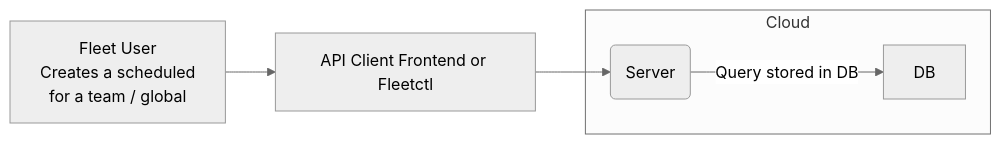
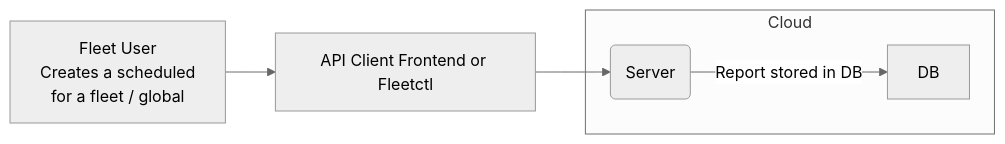
Before and after one commit to fleetdm/fleet: the fourth of 7 diagrams in docs/Contributing/architecture/high-level-architecture.md, drawn with Mermaid (neutral theme). The commit also changed other lines of this file and 149 other files, not shown here.

````diff
--- a/docs/Contributing/architecture/high-level-architecture.md
+++ b/docs/Contributing/architecture/high-level-architecture.md
@@ -152,14 +152,14 @@
 ```mermaid
 graph LR;
-    it_person[Fleet User<br>Creates a scheduled<br>for a team / global];
+    it_person[Fleet User<br>Creates a scheduled<br>for a fleet / global];
     api[API Client Frontend or Fleetctl];
 
     subgraph Cloud
         server(Server);
         db[DB];
     end
 
     it_person --> api;
     api --> server;
-    server -- Query stored in DB--> db;
+    server -- Report stored in DB--> db;
 ```
````
